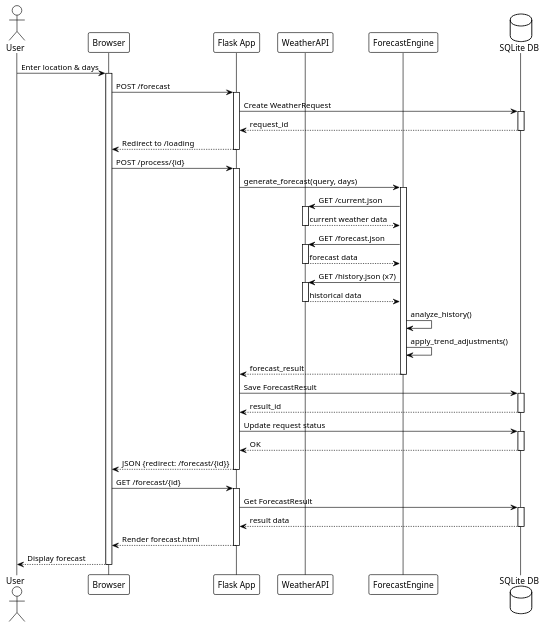
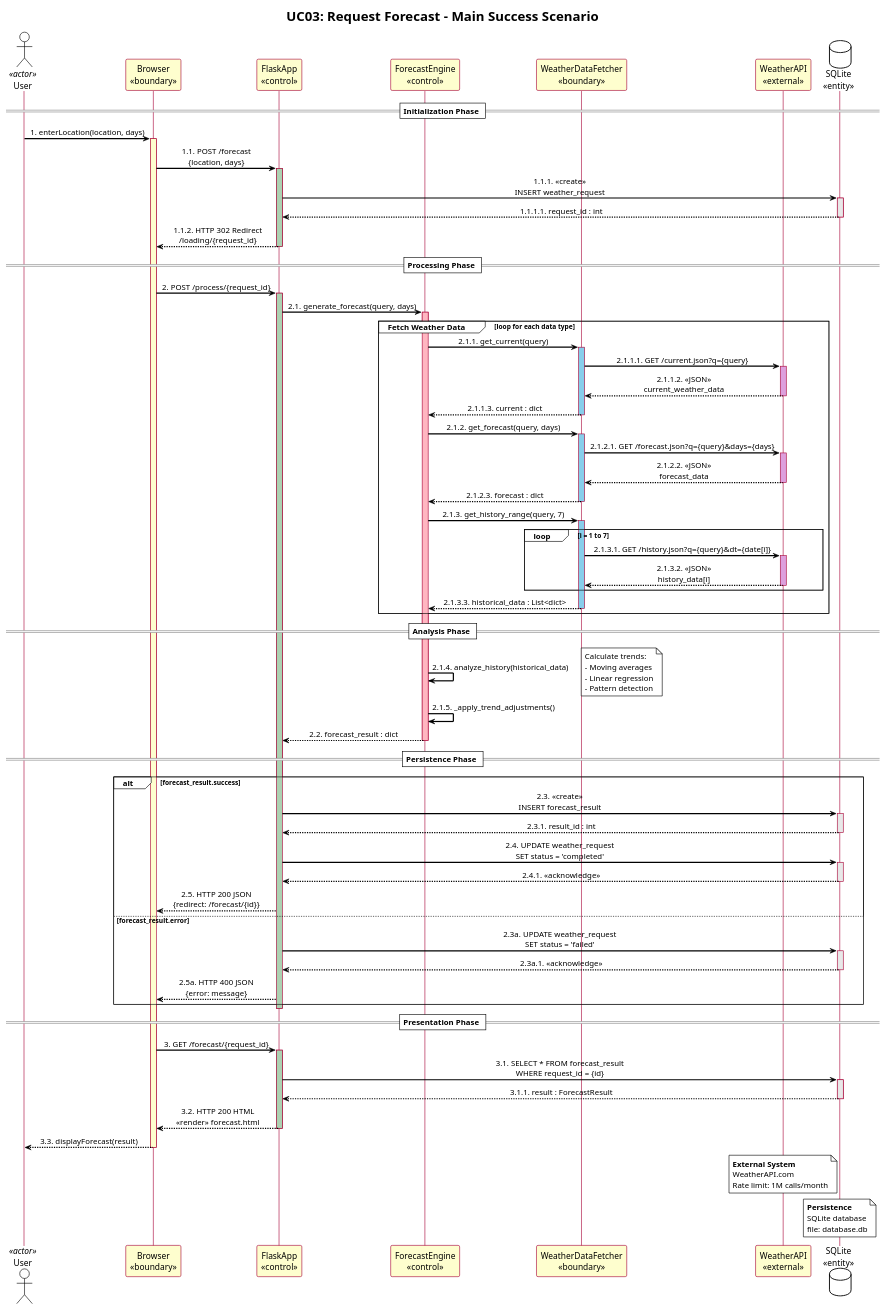
Before and after one commit to AASoftIR/kanban: the diagram in diagrams/03_sequence_diagram.puml, drawn with PlantUML. The commit also changed 6 other files, not shown here.

```diff
--- a/diagrams/03_sequence_diagram.puml
+++ b/diagrams/03_sequence_diagram.puml
@@ -2,79 +2,177 @@
 @startuml SequenceDiagram
+' =============================================================================
+' Galaxy Weather - Sequence Diagram (Rational Rose Standard)
+' =============================================================================
+' Description: Shows the dynamic behavior of forecast generation process
+' Scenario: User requests weather forecast for a location
+' Author: Galaxy Weather Team
+' Version: 1.0
+' =============================================================================
+
 !theme plain
+skinparam sequenceArrowThickness 2
+skinparam sequenceParticipantBorderColor #A80036
+skinparam sequenceParticipantBackgroundColor #FEFECE
+skinparam sequenceLifeLineBorderColor #A80036
+skinparam sequenceMessageAlign center
 
-actor User
-participant Browser
-participant "Flask App" as Flask
-participant "WeatherAPI" as API
-participant "ForecastEngine" as Engine
-database "SQLite DB" as DB
+' =============================================================================
+' PARTICIPANTS (in order of interaction)
+' =============================================================================
+actor "User" as User <<actor>>
+participant "Browser\n<<boundary>>" as Browser
+participant "FlaskApp\n<<control>>" as Flask
+participant "ForecastEngine\n<<control>>" as Engine
+participant "WeatherDataFetcher\n<<boundary>>" as Fetcher
+participant "WeatherAPI\n<<external>>" as API
+database "SQLite\n<<entity>>" as DB
 
-User -> Browser: Enter location & days
-activate Browser
+' =============================================================================
+' MAIN SUCCESS SCENARIO
+' =============================================================================
 
-Browser -> Flask: POST /forecast
-activate Flask
+title **UC03: Request Forecast - Main Success Scenario**
 
-Flask -> DB: Create WeatherRequest
-activate DB
-DB --> Flask: request_id
+== Initialization Phase ==
+
+User -> Browser : 1. enterLocation(location, days)
+activate Browser #FEFECE
+
+Browser -> Flask : 1.1. POST /forecast\n{location, days}
+activate Flask #ADD1B2
+
+' --- Create Request ---
+Flask -> DB : 1.1.1. <<create>>\nINSERT weather_request
+activate DB #E8E8E8
+DB --> Flask : 1.1.1.1. request_id : int
 deactivate DB
 
-Flask --> Browser: Redirect to /loading
+Flask --> Browser : 1.1.2. HTTP 302 Redirect\n/loading/{request_id}
 deactivate Flask
 
-Browser -> Flask: POST /process/{id}
-activate Flask
+== Processing Phase ==
 
-Flask -> Engine: generate_forecast(query, days)
-activate Engine
+Browser -> Flask : 2. POST /process/{request_id}
+activate Flask #ADD1B2
 
-Engine -> API: GET /current.json
-activate API
-API --> Engine: current weather data
-deactivate API
+Flask -> Engine : 2.1. generate_forecast(query, days)
+activate Engine #FFB6C1
 
-Engine -> API: GET /forecast.json
-activate API
-API --> Engine: forecast data
-deactivate API
+' --- Fetch Current Weather ---
+group Fetch Weather Data [loop for each data type]
+    
+    Engine -> Fetcher : 2.1.1. get_current(query)
+    activate Fetcher #87CEEB
+    
+    Fetcher -> API : 2.1.1.1. GET /current.json?q={query}
+    activate API #DDA0DD
+    API --> Fetcher : 2.1.1.2. <<JSON>>\ncurrent_weather_data
+    deactivate API
+    
+    Fetcher --> Engine : 2.1.1.3. current : dict
+    deactivate Fetcher
+    
+    ' --- Fetch Forecast ---
+    Engine -> Fetcher : 2.1.2. get_forecast(query, days)
+    activate Fetcher #87CEEB
+    
+    Fetcher -> API : 2.1.2.1. GET /forecast.json?q={query}&days={days}
+    activate API #DDA0DD
+    API --> Fetcher : 2.1.2.2. <<JSON>>\nforecast_data
+    deactivate API
+    
+    Fetcher --> Engine : 2.1.2.3. forecast : dict
+    deactivate Fetcher
+    
+    ' --- Fetch Historical Data ---
+    Engine -> Fetcher : 2.1.3. get_history_range(query, 7)
+    activate Fetcher #87CEEB
+    
+    loop i = 1 to 7
+        Fetcher -> API : 2.1.3.1. GET /history.json?q={query}&dt={date[i]}
+        activate API #DDA0DD
+        API --> Fetcher : 2.1.3.2. <<JSON>>\nhistory_data[i]
+        deactivate API
+    end
+    
+    Fetcher --> Engine : 2.1.3.3. historical_data : List<dict>
+    deactivate Fetcher
+    
+end
 
-Engine -> API: GET /history.json (x7)
-activate API
-API --> Engine: historical data
-deactivate API
+== Analysis Phase ==
 
-Engine -> Engine: analyze_history()
-Engine -> Engine: apply_trend_adjustments()
+Engine -> Engine : 2.1.4. analyze_history(historical_data)
+note right
+  Calculate trends:
+  - Moving averages
+  - Linear regression
+  - Pattern detection
+end note
 
-Engine --> Flask: forecast_result
+Engine -> Engine : 2.1.5. _apply_trend_adjustments()
+
+Engine --> Flask : 2.2. forecast_result : dict
 deactivate Engine
 
-Flask -> DB: Save ForecastResult
-activate DB
-DB --> Flask: result_id
+== Persistence Phase ==
+
+alt forecast_result.success
+    
+    Flask -> DB : 2.3. <<create>>\nINSERT forecast_result
+    activate DB #E8E8E8
+    DB --> Flask : 2.3.1. result_id : int
+    deactivate DB
+    
+    Flask -> DB : 2.4. UPDATE weather_request\nSET status = 'completed'
+    activate DB #E8E8E8
+    DB --> Flask : 2.4.1. <<acknowledge>>
+    deactivate DB
+    
+    Flask --> Browser : 2.5. HTTP 200 JSON\n{redirect: /forecast/{id}}
+    
+else forecast_result.error
+    
+    Flask -> DB : 2.3a. UPDATE weather_request\nSET status = 'failed'
+    activate DB #E8E8E8
+    DB --> Flask : 2.3a.1. <<acknowledge>>
+    deactivate DB
+    
+    Flask --> Browser : 2.5a. HTTP 400 JSON\n{error: message}
+    
+end
+
+deactivate Flask
+
+== Presentation Phase ==
+
+Browser -> Flask : 3. GET /forecast/{request_id}
+activate Flask #ADD1B2
+
+Flask -> DB : 3.1. SELECT * FROM forecast_result\nWHERE request_id = {id}
+activate DB #E8E8E8
+DB --> Flask : 3.1.1. result : ForecastResult
 deactivate DB
 
-Flask -> DB: Update request status
-activate DB
-DB --> Flask: OK
-deactivate DB
-
-Flask --> Browser: JSON {redirect: /forecast/{id}}
+Flask --> Browser : 3.2. HTTP 200 HTML\n<<render>> forecast.html
 deactivate Flask
 
-Browser -> Flask: GET /forecast/{id}
-activate Flask
-
-Flask -> DB: Get ForecastResult
-activate DB
-DB --> Flask: result data
-deactivate DB
-
-Flask --> Browser: Render forecast.html
-deactivate Flask
-
-Browser --> User: Display forecast
+Browser --> User : 3.3. displayForecast(result)
 deactivate Browser
 
+' =============================================================================
+' NOTES
+' =============================================================================
+note over API
+  **External System**
+  WeatherAPI.com
+  Rate limit: 1M calls/month
+end note
+
+note over DB
+  **Persistence**
+  SQLite database
+  file: database.db
+end note
+
 @enduml
```
